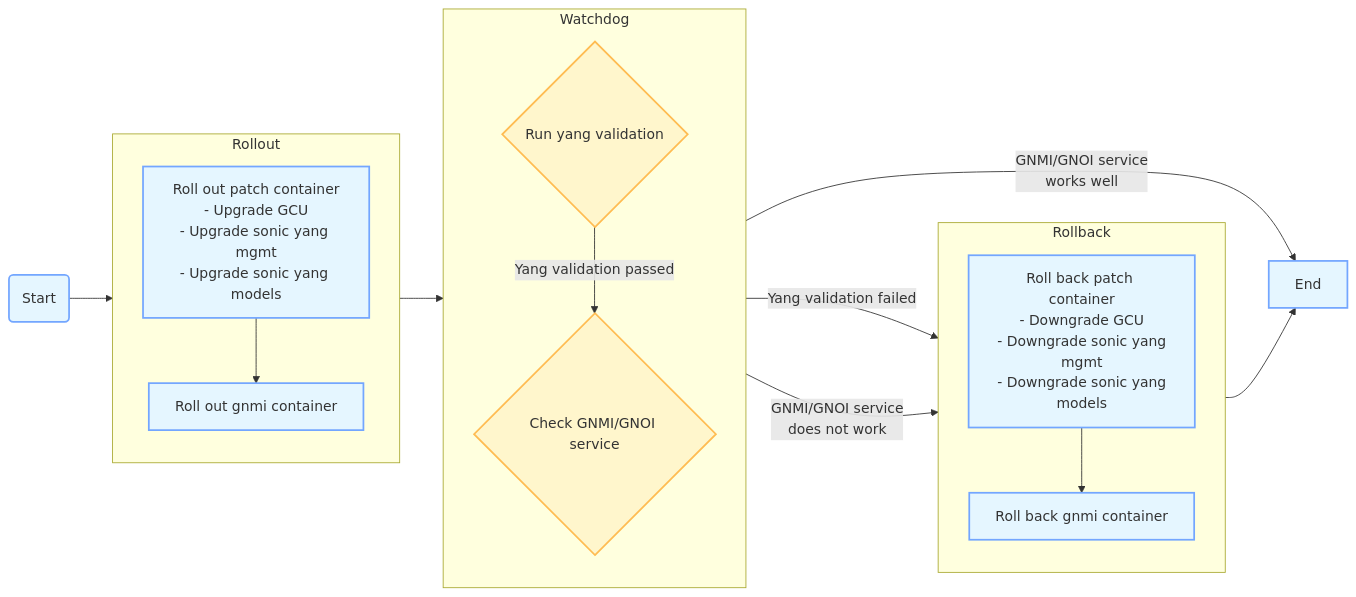
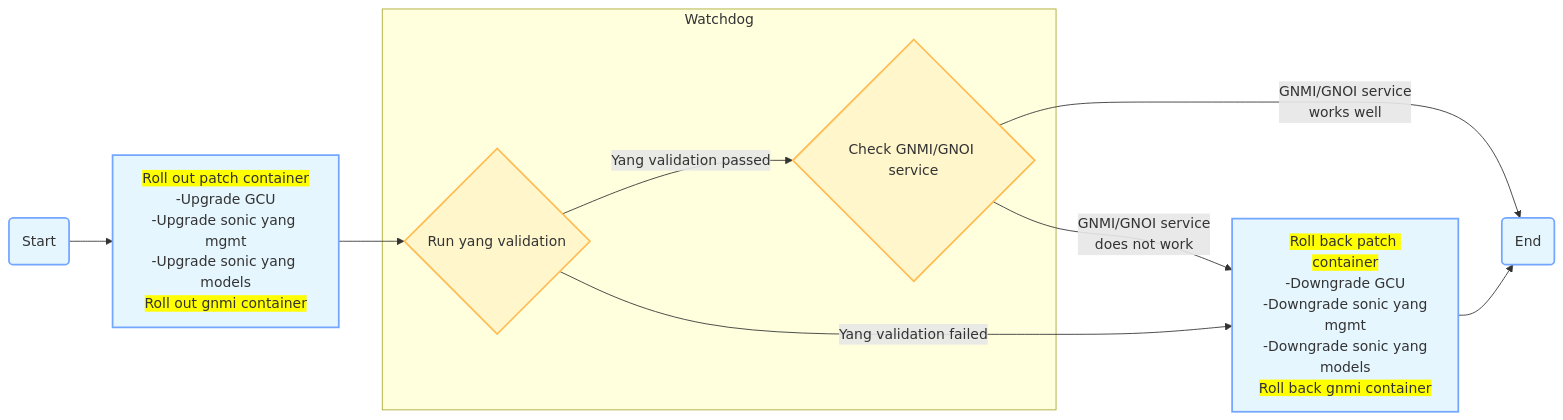
The diagram in upgrade_flowchart.md (ganglyu/mermaid), drawn with Mermaid before and after one commit.

````diff
--- a/upgrade_flowchart.md
+++ b/upgrade_flowchart.md
@@ -1,29 +1,18 @@
 ```mermaid
-flowchart LR
+graph LR
     classDef process fill:#E5F6FF,stroke:#73A6FF,stroke-width:2px;
     classDef decision fill:#FFF6CC,stroke:#FFBC52,stroke-width:2px;
-    subgraph Rollout
-        direction TB
-        RolloutGeneric[Roll out patch container<BR>- Upgrade GCU<br>- Upgrade sonic yang mgmt<br>- Upgrade sonic yang models]
-        RolloutGNMI[Roll out gnmi container]
-    end
-    subgraph Rollback
-        direction TB
-        RollbackGeneric[Roll back patch container<br>- Downgrade GCU<br>- Downgrade sonic yang<br>mgmt<br>- Downgrade sonic yang<br>models]
-        RollbackGNMI[Roll back gnmi container]
-    end
+    RolloutGeneric[<span style="background-color: yellow;">Roll out patch container</span><br>-Upgrade GCU<br>-Upgrade sonic yang mgmt<br>-Upgrade sonic yang models<br></span><span style="background-color: yellow;">Roll out gnmi container</span>]
+    RollbackGeneric[<span style="background-color: yellow;">Roll back patch container</span><br>-Downgrade GCU<br>-Downgrade sonic yang<br>mgmt<br>-Downgrade sonic yang<br>models<br><span style="background-color: yellow;">Roll back gnmi container</span>]
     subgraph Watchdog
-        direction TB
         WatchdogGCU{Run yang validation}
         WatchdogGNMI{Check GNMI/GNOI service}
     end
     Start(Start):::process --> RolloutGeneric:::process
-    RolloutGeneric --> RolloutGNMI:::process
-    RolloutGNMI --> WatchdogGCU:::decision
+    RolloutGeneric --> WatchdogGCU:::decision
     WatchdogGCU --> |Yang validation passed|WatchdogGNMI:::decision
     WatchdogGCU --> |Yang validation failed|RollbackGeneric:::process
     WatchdogGNMI --> |GNMI/GNOI service<br>works well|End[End]:::process
     WatchdogGNMI --> |GNMI/GNOI service<br>does not work|RollbackGeneric:::process
-    RollbackGeneric --> RollbackGNMI:::process
-    RollbackGNMI -->End
+    RollbackGeneric --> End(End):::process
 ```
````
